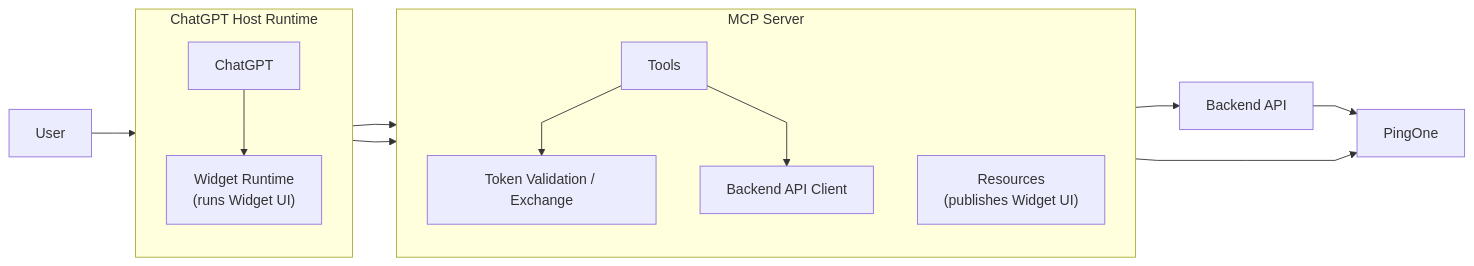
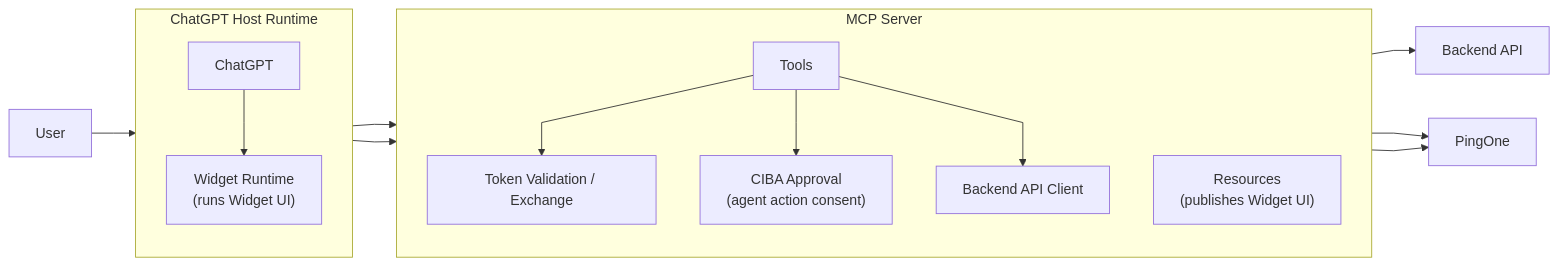
The first of 4 diagrams in README.md (carbonefederico/ai-myhotels-chatgpt-app), drawn with Mermaid before and after one commit. The commit also changed other lines of this file and 11 other files, not shown here.

````diff
--- a/README.md
+++ b/README.md
@@ -13,32 +13,34 @@
 ```mermaid
 %%{init: {'flowchart': {'curve': 'linear'}}}%%
 flowchart LR
     U["User"] --> CG
 
     subgraph CG["ChatGPT Host Runtime"]
         direction TB
         CORE["ChatGPT"]
         WR["Widget Runtime\n(runs Widget UI)"]
     end
 
     subgraph MCP["MCP Server"]
         direction TB
         TOOLS["Tools"]
         RES["Resources\n(publishes Widget UI)"]
         AUTH["Token Validation / Exchange"]
+        APPROVAL["CIBA Approval\n(agent action consent)"]
         CLIENT["Backend API Client"]
     end
 
     API["Backend API"]
     P1["PingOne"]
 
     CORE --> TOOLS
     CORE --> RES
     CORE --> WR
 
     TOOLS --> AUTH
+    TOOLS --> APPROVAL
     TOOLS --> CLIENT
     CLIENT --> API
     AUTH --> P1
-    API --> P1
+    APPROVAL --> P1
 ```
````
